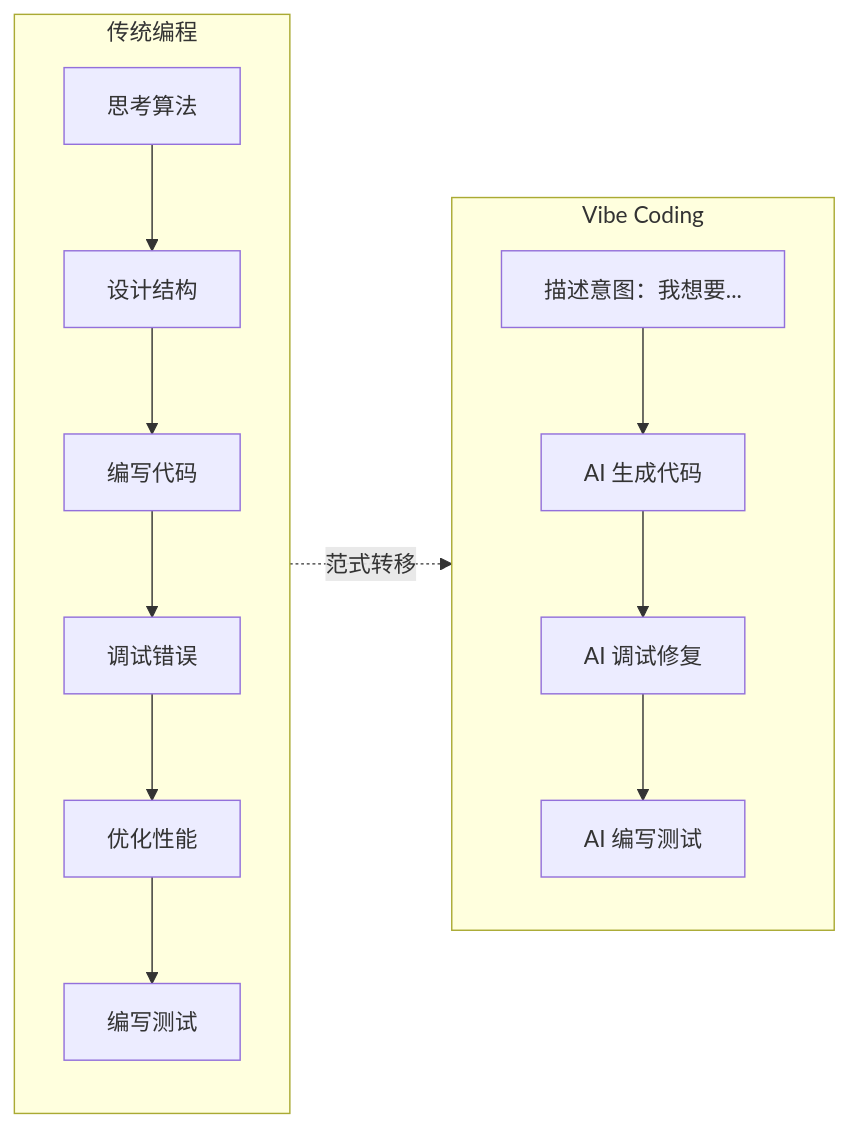
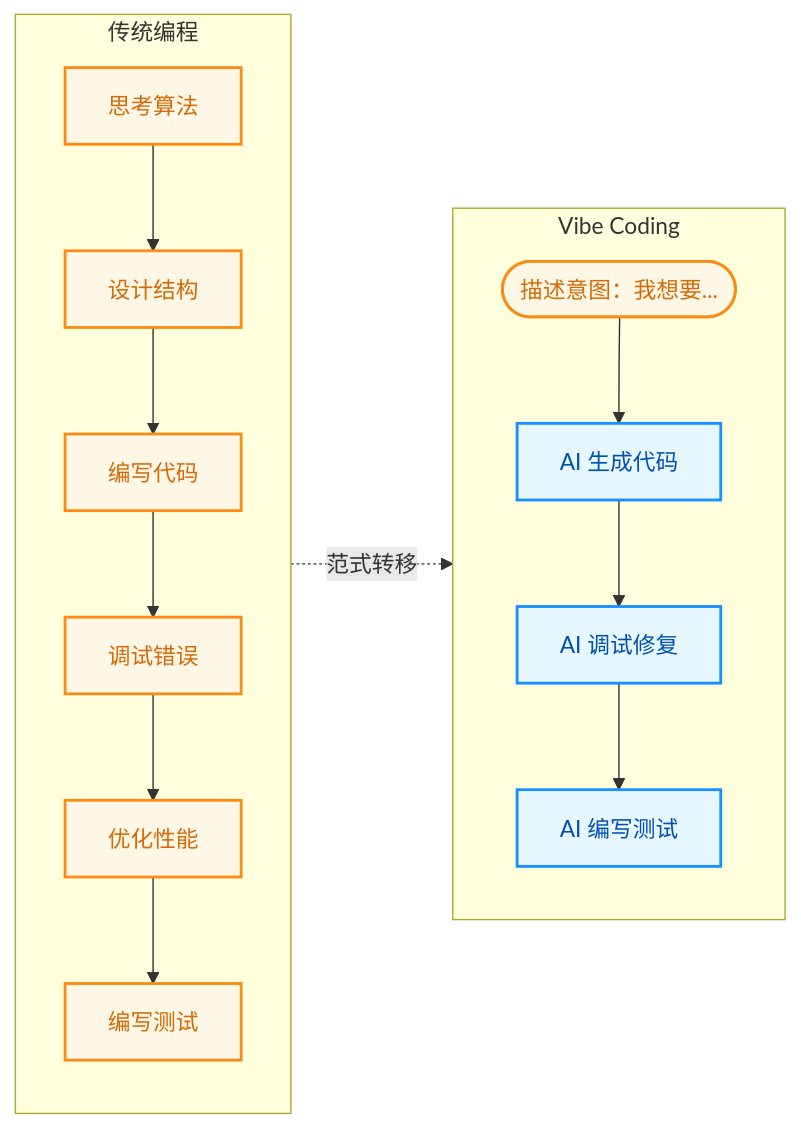
The first of 4 diagrams in 10_agentic_coding/10.1_paradigm.md (yeasy/agentic_ai_guide), drawn with Mermaid before and after one commit. The commit also changed other lines of this file and 36 other files, not shown here.

````diff
--- a/10_agentic_coding/10.1_paradigm.md
+++ b/10_agentic_coding/10.1_paradigm.md
@@ -16,21 +16,30 @@
 ```mermaid
 flowchart LR
+    %% Style Definitions
+    classDef user fill:#fff7e6,stroke:#fa8c16,stroke-width:2px,color:#d46b08;
+    classDef agent fill:#e6f7ff,stroke:#1890ff,stroke-width:2px,color:#0050b3;
+    
     subgraph Traditional ["传统编程"]
         direction TB
         T1[思考算法] --> T2[设计结构]
         T2 --> T3[编写代码]
         T3 --> T4[调试错误]
         T4 --> T5[优化性能]
         T5 --> T6[编写测试]
     end
 
     subgraph Vibe ["Vibe Coding"]
         direction TB
-        V1["描述意图：我想要..."]
+        V1(["描述意图：我想要..."])
         V1 --> V3[AI 生成代码]
         V3 --> V4[AI 调试修复]
         V4 --> V5[AI 编写测试]
     end
 
     Traditional -."范式转移".-> Vibe
+    
+    %% Apply Styles
+    class T1,T2,T3,T4,T5,T6 user;
+    class V1 user;
+    class V3,V4,V5 agent;
 ```
````
